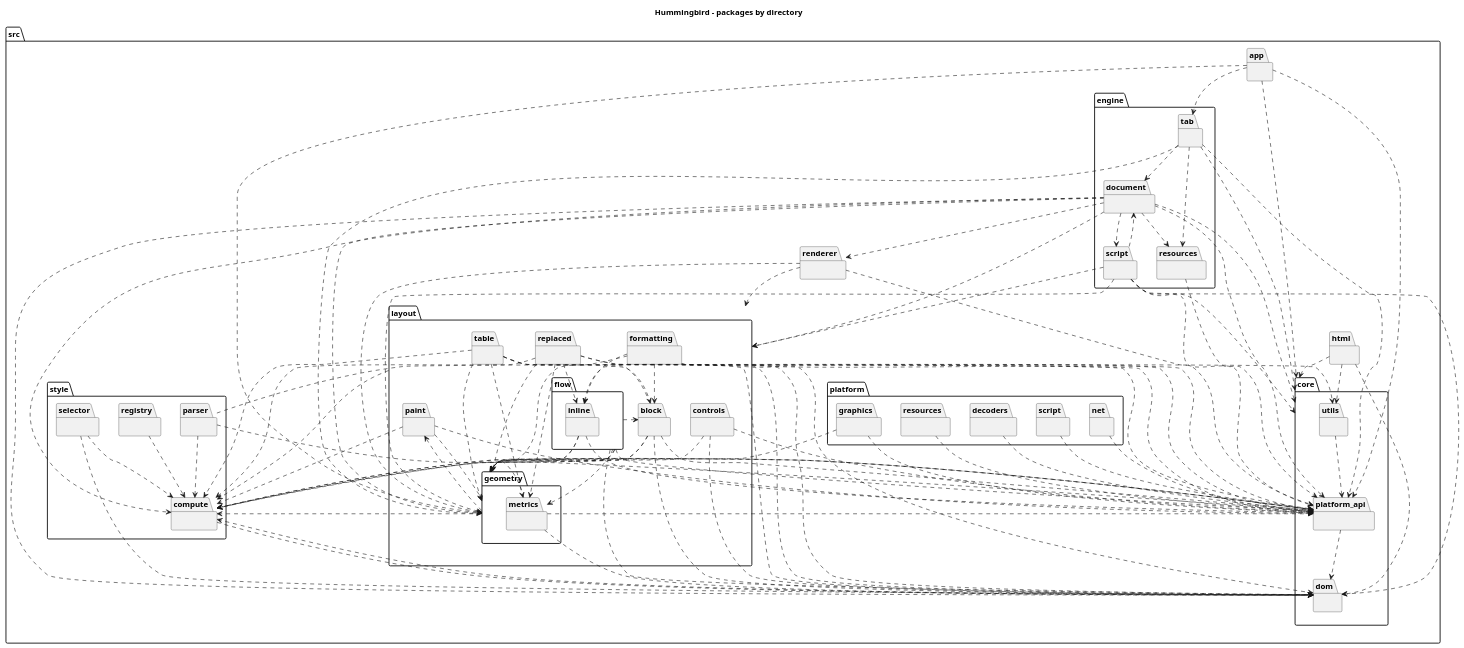
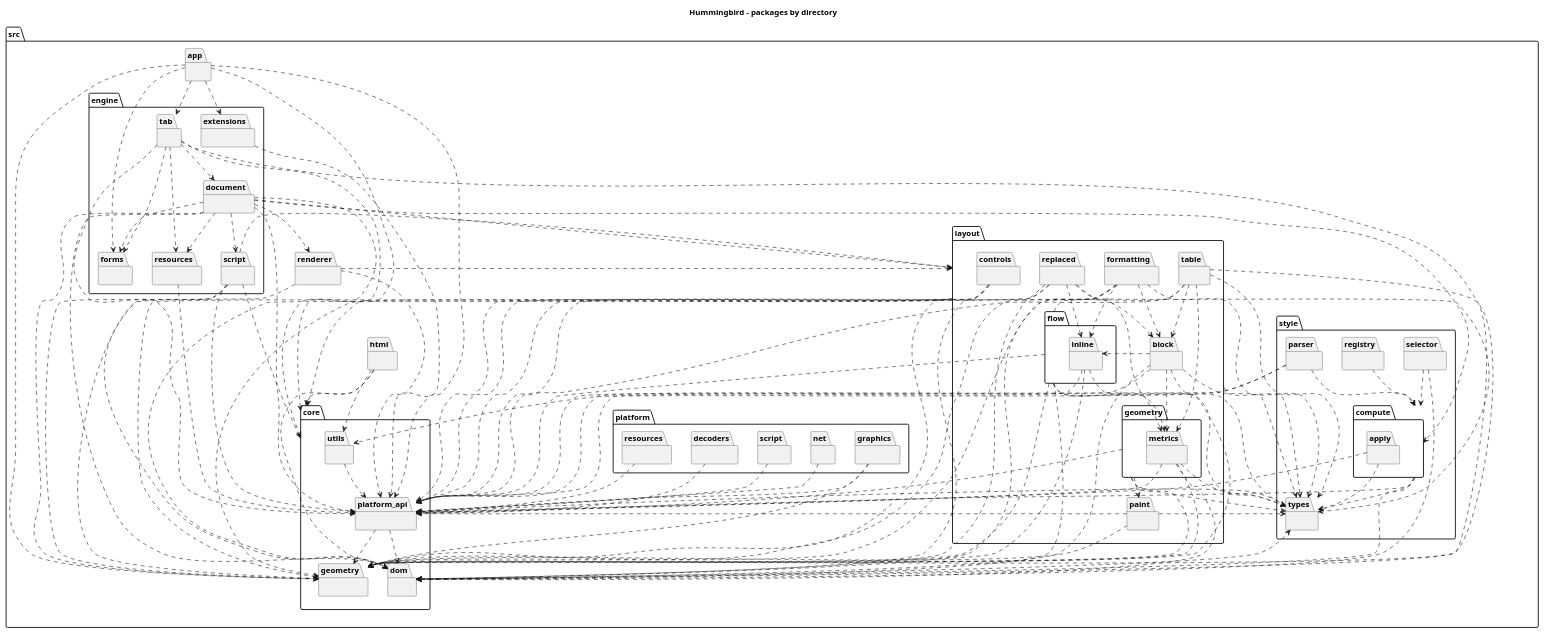
One commit to Dvorkam/hummingbird changed the diagram in doc/diagrams/hummingbird_packages.puml. Above: the diagram before and after it, drawn with PlantUML. The commit also changed 9 other files, not shown here.

```diff
--- a/doc/diagrams/hummingbird_packages.puml
+++ b/doc/diagrams/hummingbird_packages.puml
@@ -1,171 +1,194 @@
 @startuml
 title Hummingbird - packages by directory
 package [src] as C_0011100957978370531577 {
 package [core] as C_0018226291797328563395 {
 package [platform_api] as C_0005290322240202099963 {
 }
+package [geometry] as C_0017619048834756144719 {
+}
 package [dom] as C_0010262160306742280090 {
 }
 package [utils] as C_0004993456618037629062 {
 }
 }
+package [engine] as C_0012032228320325809774 {
+package [document] as C_0006728988167569088611 {
+}
+package [forms] as C_0011411158205372248357 {
+}
+package [script] as C_0012529610610199417089 {
+}
+package [tab] as C_0004270005661184071345 {
+}
+package [extensions] as C_0007995706240895500329 {
+}
+package [resources] as C_0012117700829954956092 {
+}
+}
 package [layout] as C_0009805528515472591959 {
+package [flow] as C_0003193887436724203490 {
+package [inline] as C_0017042317655772623403 {
+}
+}
 package [geometry] as C_0010251112064681705570 {
 package [metrics] as C_0003802227021264366823 {
-}
-}
-package [flow] as C_0003193887436724203490 {
-package [inline] as C_0017042317655772623403 {
 }
 }
 package [paint] as C_0007275253889708151501 {
 }
 package [replaced] as C_0005929846422522178356 {
 }
 package [block] as C_0005319336976980566794 {
 }
 package [formatting] as C_0007525676655630320930 {
 }
 package [controls] as C_0015363997827564436137 {
 }
 package [table] as C_0002851587889281926261 {
 }
 }
-package [engine] as C_0012032228320325809774 {
-package [document] as C_0006728988167569088611 {
+package [style] as C_0018298210427426974030 {
+package [types] as C_0006152180133937422737 {
 }
-package [script] as C_0012529610610199417089 {
+package [compute] as C_0004098635163803892679 {
+package [apply] as C_0012002211468048083168 {
 }
-package [resources] as C_0012117700829954956092 {
-}
-package [tab] as C_0004270005661184071345 {
-}
-}
-package [style] as C_0018298210427426974030 {
-package [compute] as C_0004098635163803892679 {
 }
 package [parser] as C_0014043061945738789080 {
 }
 package [registry] as C_0001948837167237898183 {
 }
 package [selector] as C_0014403515881831367413 {
 }
 }
 package [renderer] as C_0013279341692145090435 {
 }
 package [platform] as C_0008458642084062999008 {
 package [net] as C_0017784854968658610691 {
 }
 package [script] as C_0002110600971257489828 {
 }
 package [decoders] as C_0006226864477385928338 {
 }
 package [graphics] as C_0001297084400601802326 {
 }
 package [resources] as C_0009053932281356038117 {
 }
 }
 package [html] as C_0004844852132123597125 {
 }
 package [app] as C_0013441347354732792528 {
 }
 }
-C_0005290322240202099963 ..> C_0010251112064681705570
+C_0005290322240202099963 ..> C_0017619048834756144719
 C_0005290322240202099963 ..> C_0010262160306742280090
-C_0010262160306742280090 ..> C_0004098635163803892679
+C_0010262160306742280090 ..> C_0006152180133937422737
 C_0004993456618037629062 ..> C_0005290322240202099963
-C_0009805528515472591959 ..> C_0010262160306742280090
-C_0009805528515472591959 ..> C_0005290322240202099963
-C_0009805528515472591959 ..> C_0004098635163803892679
-C_0010251112064681705570 ..> C_0004098635163803892679
-C_0010251112064681705570 ..> C_0007275253889708151501
-C_0010251112064681705570 ..> C_0005290322240202099963
-C_0003802227021264366823 ..> C_0004098635163803892679
-C_0003802227021264366823 ..> C_0010262160306742280090
-C_0003802227021264366823 ..> C_0005290322240202099963
-C_0003193887436724203490 ..> C_0004098635163803892679
-C_0003193887436724203490 ..> C_0005290322240202099963
-C_0003193887436724203490 ..> C_0005319336976980566794
-C_0003193887436724203490 ..> C_0010262160306742280090
-C_0003193887436724203490 ..> C_0010251112064681705570
-C_0003193887436724203490 ..> C_0003802227021264366823
-C_0017042317655772623403 ..> C_0005290322240202099963
-C_0017042317655772623403 ..> C_0010251112064681705570
-C_0017042317655772623403 ..> C_0004098635163803892679
-C_0007275253889708151501 ..> C_0010251112064681705570
-C_0007275253889708151501 ..> C_0005290322240202099963
-C_0007275253889708151501 ..> C_0004098635163803892679
-C_0005929846422522178356 ..> C_0003802227021264366823
-C_0005929846422522178356 ..> C_0010262160306742280090
-C_0005929846422522178356 ..> C_0004098635163803892679
-C_0005929846422522178356 ..> C_0005290322240202099963
-C_0005929846422522178356 ..> C_0010251112064681705570
-C_0005929846422522178356 ..> C_0017042317655772623403
-C_0005319336976980566794 ..> C_0010251112064681705570
-C_0005319336976980566794 ..> C_0004098635163803892679
-C_0005319336976980566794 ..> C_0010262160306742280090
-C_0005319336976980566794 ..> C_0005290322240202099963
-C_0005319336976980566794 ..> C_0017042317655772623403
-C_0007525676655630320930 ..> C_0010262160306742280090
-C_0007525676655630320930 ..> C_0005290322240202099963
-C_0007525676655630320930 ..> C_0010251112064681705570
-C_0007525676655630320930 ..> C_0005319336976980566794
-C_0007525676655630320930 ..> C_0017042317655772623403
-C_0015363997827564436137 ..> C_0010262160306742280090
-C_0015363997827564436137 ..> C_0005290322240202099963
-C_0015363997827564436137 ..> C_0010251112064681705570
-C_0002851587889281926261 ..> C_0010262160306742280090
-C_0002851587889281926261 ..> C_0005290322240202099963
-C_0002851587889281926261 ..> C_0010251112064681705570
-C_0002851587889281926261 ..> C_0005319336976980566794
-C_0002851587889281926261 ..> C_0004098635163803892679
-C_0002851587889281926261 ..> C_0003802227021264366823
-C_0006728988167569088611 ..> C_0010262160306742280090
+C_0006728988167569088611 ..> C_0005290322240202099963
 C_0006728988167569088611 ..> C_0009805528515472591959
-C_0006728988167569088611 ..> C_0010251112064681705570
-C_0006728988167569088611 ..> C_0005290322240202099963
+C_0006728988167569088611 ..> C_0017619048834756144719
 C_0006728988167569088611 ..> C_0004098635163803892679
 C_0006728988167569088611 ..> C_0018226291797328563395
+C_0006728988167569088611 ..> C_0010262160306742280090
+C_0006728988167569088611 ..> C_0011411158205372248357
 C_0006728988167569088611 ..> C_0013279341692145090435
 C_0006728988167569088611 ..> C_0012529610610199417089
 C_0006728988167569088611 ..> C_0012117700829954956092
 C_0012529610610199417089 ..> C_0010262160306742280090
 C_0012529610610199417089 ..> C_0018226291797328563395
 C_0012529610610199417089 ..> C_0005290322240202099963
-C_0012529610610199417089 ..> C_0006728988167569088611
 C_0012529610610199417089 ..> C_0009805528515472591959
-C_0012529610610199417089 ..> C_0010251112064681705570
-C_0012117700829954956092 ..> C_0005290322240202099963
+C_0012529610610199417089 ..> C_0017619048834756144719
 C_0004270005661184071345 ..> C_0012117700829954956092
 C_0004270005661184071345 ..> C_0006728988167569088611
 C_0004270005661184071345 ..> C_0018226291797328563395
 C_0004270005661184071345 ..> C_0005290322240202099963
-C_0004270005661184071345 ..> C_0010251112064681705570
+C_0004270005661184071345 ..> C_0011411158205372248357
+C_0004270005661184071345 ..> C_0017619048834756144719
+C_0007995706240895500329 ..> C_0005290322240202099963
+C_0012117700829954956092 ..> C_0005290322240202099963
+C_0009805528515472591959 ..> C_0010262160306742280090
+C_0009805528515472591959 ..> C_0017619048834756144719
+C_0009805528515472591959 ..> C_0005290322240202099963
+C_0009805528515472591959 ..> C_0006152180133937422737
+C_0003193887436724203490 ..> C_0006152180133937422737
+C_0003193887436724203490 ..> C_0005290322240202099963
+C_0003193887436724203490 ..> C_0005319336976980566794
+C_0003193887436724203490 ..> C_0010262160306742280090
+C_0003193887436724203490 ..> C_0017619048834756144719
+C_0003193887436724203490 ..> C_0003802227021264366823
+C_0017042317655772623403 ..> C_0005290322240202099963
+C_0017042317655772623403 ..> C_0017619048834756144719
+C_0017042317655772623403 ..> C_0006152180133937422737
+C_0010251112064681705570 ..> C_0017619048834756144719
+C_0010251112064681705570 ..> C_0006152180133937422737
+C_0010251112064681705570 ..> C_0007275253889708151501
+C_0010251112064681705570 ..> C_0005290322240202099963
+C_0003802227021264366823 ..> C_0006152180133937422737
+C_0003802227021264366823 ..> C_0017619048834756144719
+C_0003802227021264366823 ..> C_0010262160306742280090
+C_0003802227021264366823 ..> C_0005290322240202099963
+C_0007275253889708151501 ..> C_0017619048834756144719
+C_0007275253889708151501 ..> C_0005290322240202099963
+C_0007275253889708151501 ..> C_0006152180133937422737
+C_0005929846422522178356 ..> C_0003802227021264366823
+C_0005929846422522178356 ..> C_0010262160306742280090
+C_0005929846422522178356 ..> C_0006152180133937422737
+C_0005929846422522178356 ..> C_0005290322240202099963
+C_0005929846422522178356 ..> C_0017619048834756144719
+C_0005929846422522178356 ..> C_0017042317655772623403
+C_0005319336976980566794 ..> C_0017619048834756144719
+C_0005319336976980566794 ..> C_0006152180133937422737
+C_0005319336976980566794 ..> C_0010262160306742280090
+C_0005319336976980566794 ..> C_0005290322240202099963
+C_0005319336976980566794 ..> C_0017042317655772623403
+C_0005319336976980566794 ..> C_0003802227021264366823
+C_0007525676655630320930 ..> C_0010262160306742280090
+C_0007525676655630320930 ..> C_0005290322240202099963
+C_0007525676655630320930 ..> C_0017619048834756144719
+C_0007525676655630320930 ..> C_0005319336976980566794
+C_0007525676655630320930 ..> C_0006152180133937422737
+C_0007525676655630320930 ..> C_0017042317655772623403
+C_0015363997827564436137 ..> C_0010262160306742280090
+C_0015363997827564436137 ..> C_0005290322240202099963
+C_0015363997827564436137 ..> C_0017619048834756144719
+C_0002851587889281926261 ..> C_0010262160306742280090
+C_0002851587889281926261 ..> C_0005290322240202099963
+C_0002851587889281926261 ..> C_0017619048834756144719
+C_0002851587889281926261 ..> C_0005319336976980566794
+C_0002851587889281926261 ..> C_0006152180133937422737
+C_0002851587889281926261 ..> C_0003802227021264366823
+C_0006152180133937422737 ..> C_0005290322240202099963
 C_0004098635163803892679 ..> C_0005290322240202099963
 C_0004098635163803892679 ..> C_0010262160306742280090
+C_0004098635163803892679 ..> C_0006152180133937422737
+C_0012002211468048083168 ..> C_0006152180133937422737
+C_0012002211468048083168 ..> C_0005290322240202099963
 C_0014043061945738789080 ..> C_0004993456618037629062
 C_0014043061945738789080 ..> C_0004098635163803892679
 C_0014043061945738789080 ..> C_0005290322240202099963
 C_0001948837167237898183 ..> C_0004098635163803892679
 C_0014403515881831367413 ..> C_0010262160306742280090
 C_0014403515881831367413 ..> C_0004098635163803892679
-C_0013279341692145090435 ..> C_0010251112064681705570
+C_0013279341692145090435 ..> C_0017619048834756144719
 C_0013279341692145090435 ..> C_0005290322240202099963
 C_0013279341692145090435 ..> C_0009805528515472591959
 C_0017784854968658610691 ..> C_0005290322240202099963
 C_0002110600971257489828 ..> C_0005290322240202099963
 C_0006226864477385928338 ..> C_0005290322240202099963
 C_0001297084400601802326 ..> C_0005290322240202099963
-C_0001297084400601802326 ..> C_0010251112064681705570
+C_0001297084400601802326 ..> C_0017619048834756144719
 C_0009053932281356038117 ..> C_0005290322240202099963
 C_0004844852132123597125 ..> C_0018226291797328563395
 C_0004844852132123597125 ..> C_0004993456618037629062
 C_0004844852132123597125 ..> C_0010262160306742280090
 C_0013441347354732792528 ..> C_0005290322240202099963
+C_0013441347354732792528 ..> C_0004270005661184071345
 C_0013441347354732792528 ..> C_0018226291797328563395
-C_0013441347354732792528 ..> C_0004270005661184071345
-C_0013441347354732792528 ..> C_0010251112064681705570
+C_0013441347354732792528 ..> C_0007995706240895500329
+C_0013441347354732792528 ..> C_0017619048834756144719
+C_0013441347354732792528 ..> C_0011411158205372248357
 
 'Generated with clang-uml, version 0.6.2
 'LLVM version clang version 20.1.8 (Fedora 20.1.8-2.fc43)
 @enduml
```
